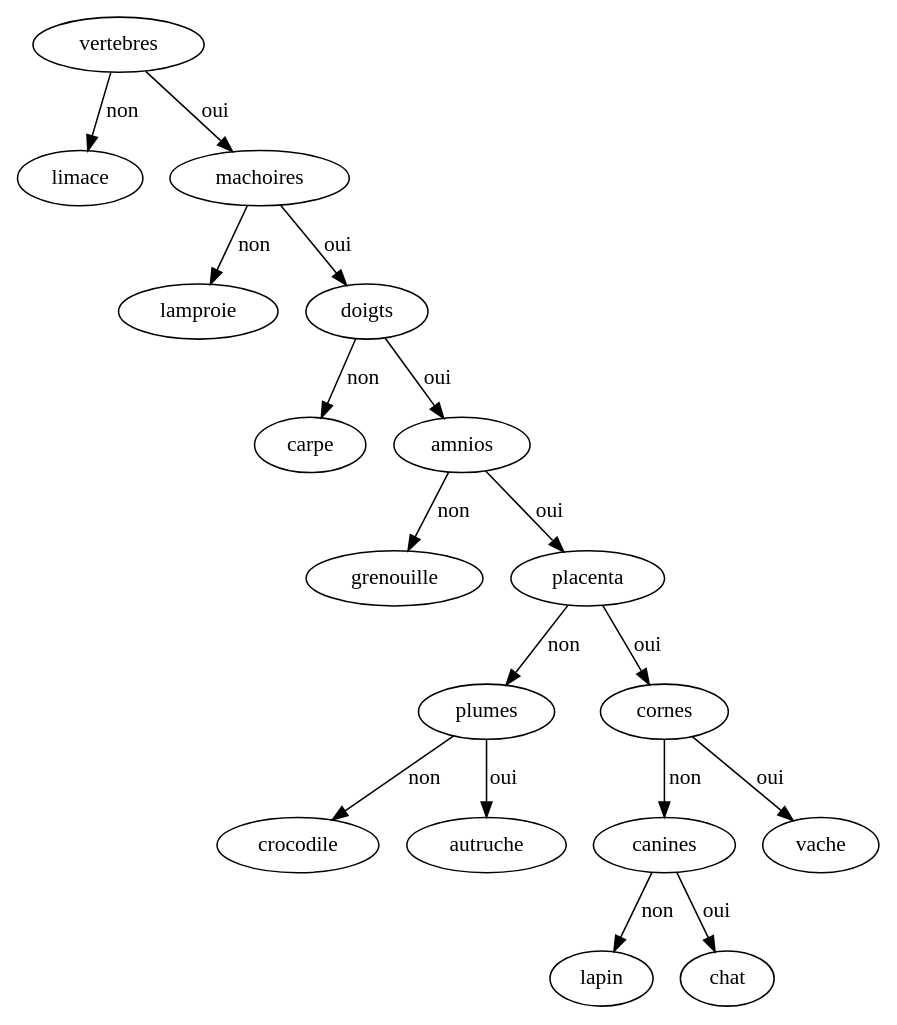
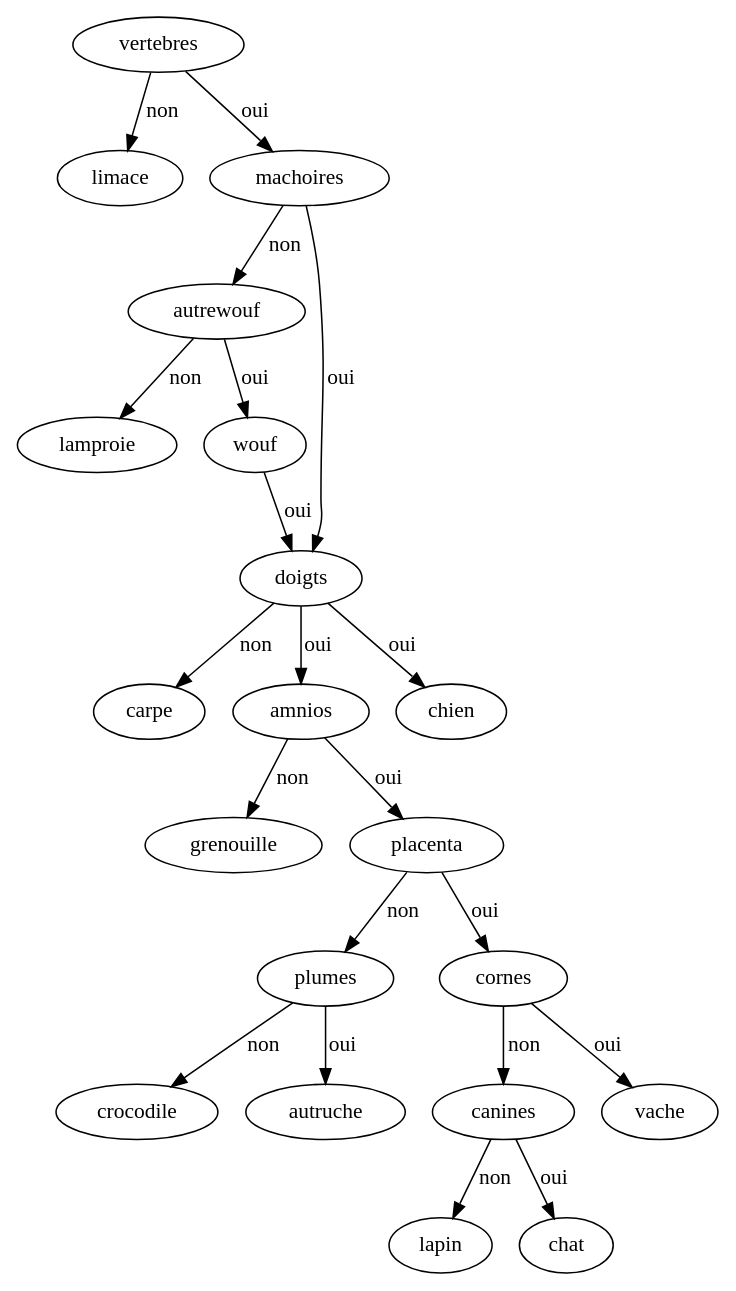
The diagram in arbre.dot (hackerdu38/Arbres-Phylogenetiques), drawn with Graphviz before and after one commit. The commit also changed 10 other files, not shown here.

```diff
--- a/arbre.dot
+++ b/arbre.dot
@@ -1,18 +1,22 @@
 digraph arbre { 
 	vertebres -> limace [label = "non"]
 	vertebres -> machoires [label = "oui"]
-	machoires -> lamproie [label = "non"]
+	machoires -> autrewouf [label = "non"]
 	machoires -> doigts [label = "oui"]
+	autrewouf -> lamproie [label = "non"]
+	autrewouf -> wouf [label = "oui"]
 	doigts -> carpe [label = "non"]
 	doigts -> amnios [label = "oui"]
+	wouf -> doigts [label = "oui"]
 	amnios -> grenouille [label = "non"]
 	amnios -> placenta [label = "oui"]
+	doigts -> chien [label = "oui"]
 	placenta -> plumes [label = "non"]
 	placenta -> cornes [label = "oui"]
 	plumes -> crocodile [label = "non"]
 	plumes -> autruche [label = "oui"]
 	cornes -> canines [label = "non"]
 	cornes -> vache [label = "oui"]
 	canines -> lapin [label = "non"]
 	canines -> chat [label = "oui"]
 }
```
